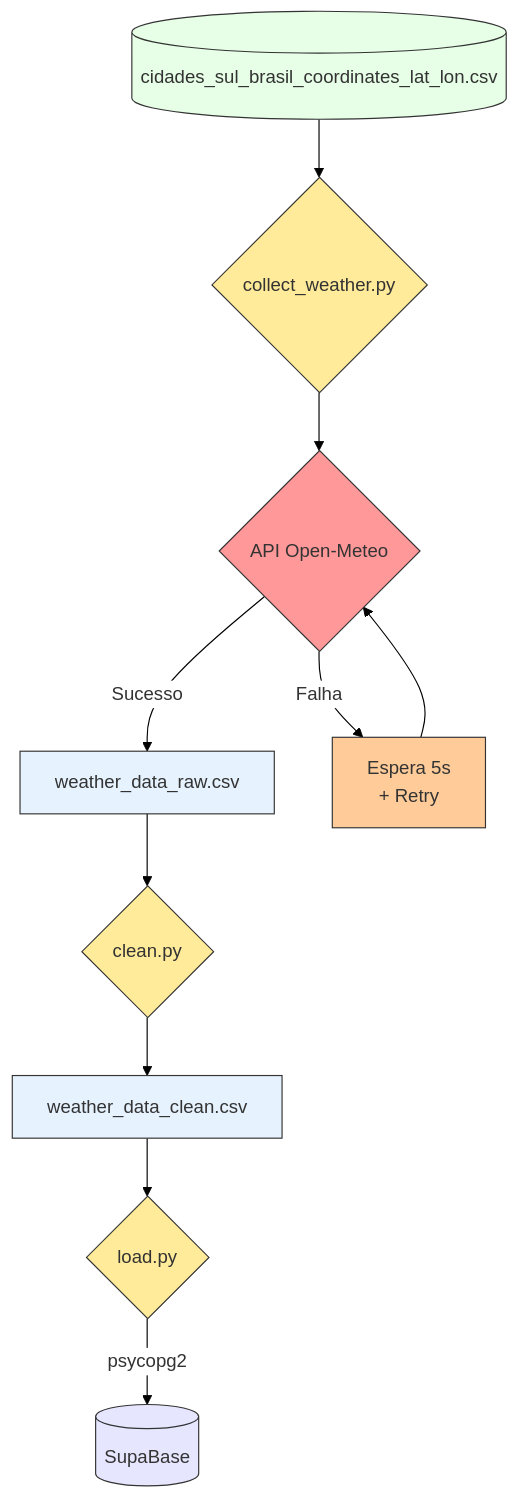
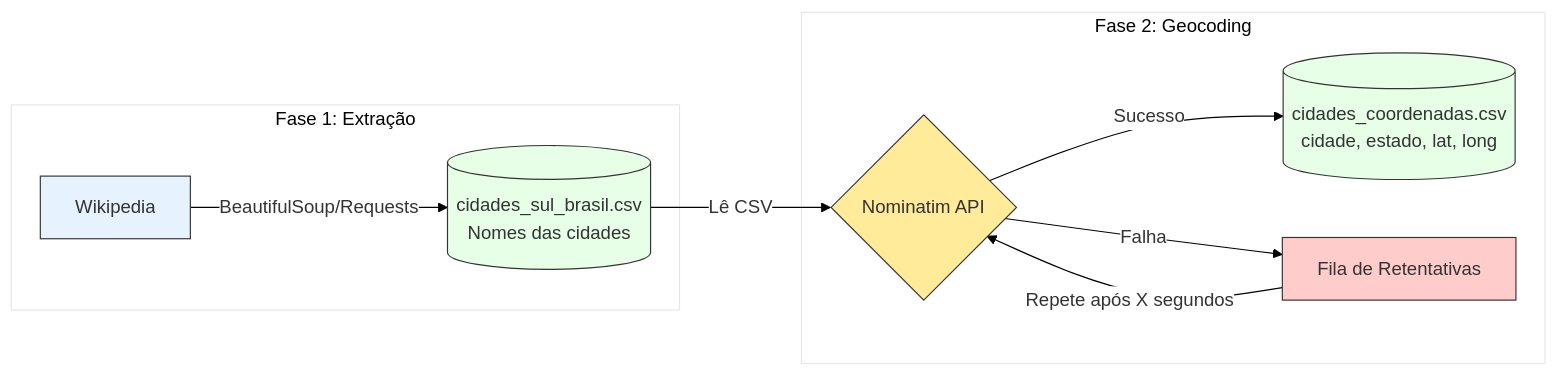
One commit to luizcaixeta/case_tecnico_10_pasteis changed the first of 2 diagrams in README.md. Above: the diagram before and after it, drawn with Mermaid.

````diff
--- a/README.md
+++ b/README.md
@@ -23,25 +23,20 @@
 ```mermaid
 %%{init: {'theme': 'base', 'themeVariables': { 'primaryColor': '#ffffff', 'background': '#ffffff', 'primaryBorderColor': '#000000', 'lineColor': '#000000'}}}%%
-flowchart TB
-    A[("cidades_sul_brasil_coordinates_lat_lon.csv")] --> B{collect_weather.py}
-    
-    B --> C{API Open-Meteo}
-    C -->|Sucesso| D[weather_data_raw.csv]
-    C -->|Falha| E[Espera 5s\n+ Retry]
-    E --> C
-    
-    D --> F{clean.py}
-    F --> G[weather_data_clean.csv]
-    G --> H{load.py}
-    H -->|psycopg2| I[(SupaBase)]
-    
-    style A fill:#e6ffe6,stroke:#333
-    style B fill:#ffeb99,stroke:#333
-    style C fill:#ff9999,stroke:#333
-    style D fill:#e6f3ff,stroke:#333
-    style E fill:#ffcc99,stroke:#333
-    style F fill:#ffeb99,stroke:#333
-    style G fill:#e6f3ff,stroke:#333
-    style H fill:#ffeb99,stroke:#333
-    style I fill:#e6e6ff,stroke:#333
+flowchart LR
+    subgraph "Fase 1: Extração"
+        A[Wikipedia] -->|BeautifulSoup/Requests| B[("cidades_sul_brasil.csv"\nNomes das cidades)]
+    end
+
+    subgraph "Fase 2: Geocoding"
+        B -->|Lê CSV| C{Nominatim API}
+        C -->|Sucesso| D[("cidades_coordenadas.csv"\ncidade, estado, lat, long)]
+        C -->|Falha| E[Fila de Retentativas]
+        E -->|Repete após X segundos| C
+    end
+
+    style A fill:#e6f3ff,stroke:#333
+    style B fill:#e6ffe6,stroke:#333
+    style C fill:#ffeb99,stroke:#333
+    style D fill:#e6ffe6,stroke:#333
+    style E fill:#ffcccc,stroke:#333
 ```
````
